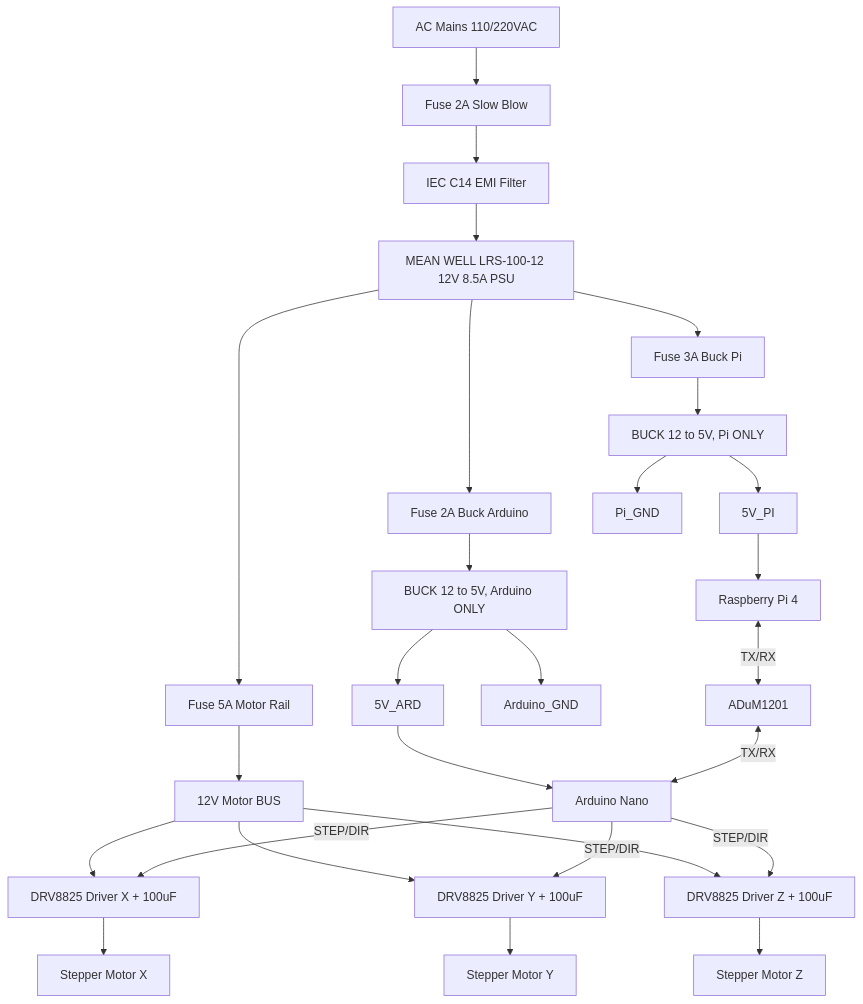
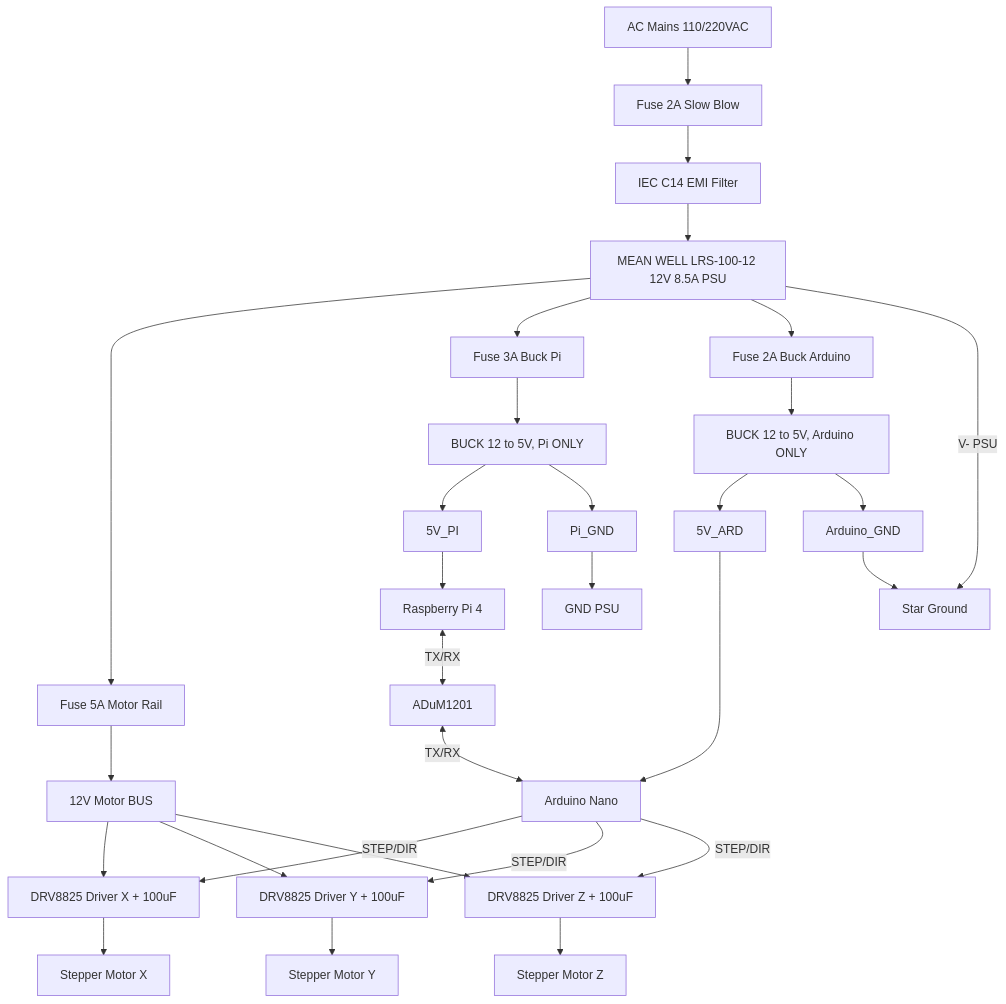
The diagram in README.md (AlvinOctaH/automated-incubator-microscope), drawn with Mermaid before and after one commit.

````diff
--- a/README.md
+++ b/README.md
@@ -181,46 +181,51 @@
 ```mermaid
 flowchart TD
 
 %% ================= AC FRONT END =================
 A[AC Mains 110/220VAC] --> B[Fuse 2A Slow Blow]
 B --> C[IEC C14 EMI Filter]
 C --> D[MEAN WELL LRS-100-12 12V 8.5A PSU]
 
 %% ================= 12V PRIMARY BUS =================
 D --> FS1[Fuse 5A Motor Rail]
 D --> FS2[Fuse 3A Buck Pi]
 D --> FS3[Fuse 2A Buck Arduino]
 
 %% ================= MOTOR DOMAIN =================
 FS1 --> M12V[12V Motor BUS]
 M12V --> SD1[DRV8825 Driver X + 100uF]
 M12V --> SD2[DRV8825 Driver Y + 100uF]
 M12V --> SD3[DRV8825 Driver Z + 100uF]
 
 SD1 --> SM1[Stepper Motor X]
 SD2 --> SM2[Stepper Motor Y]
 SD3 --> SM3[Stepper Motor Z]
 
 %% ================= PI DOMAIN =================
 FS2 --> BP[BUCK 12 to 5V, Pi ONLY]
 BP --> PI5V[5V_PI]
 BP --> PIG[Pi_GND]
 
 PI5V --> G1[Raspberry Pi 4]
 
 %% ================= ARDUINO DOMAIN =================
 FS3 --> BA[BUCK 12 to 5V, Arduino ONLY]
 BA --> AR5V[5V_ARD]
 BA --> ARG[Arduino_GND]
 
 AR5V --> G2[Arduino Nano]
 
 %% ================= UART ISOLATION =================
 G1 <-->|TX/RX| ISO[ADuM1201]
 ISO <-->|TX/RX| G2
 
 %% ================= MOTOR CONTROL =================
 G2 -->|STEP/DIR| SD1
 G2 -->|STEP/DIR| SD2
 G2 -->|STEP/DIR| SD3
+
+%% ================= STAR GROUND =================
+PIG --> GD[GND PSU]
+ARG --> SG[Star Ground]
+D --> |V- PSU| SG
 ```
````
